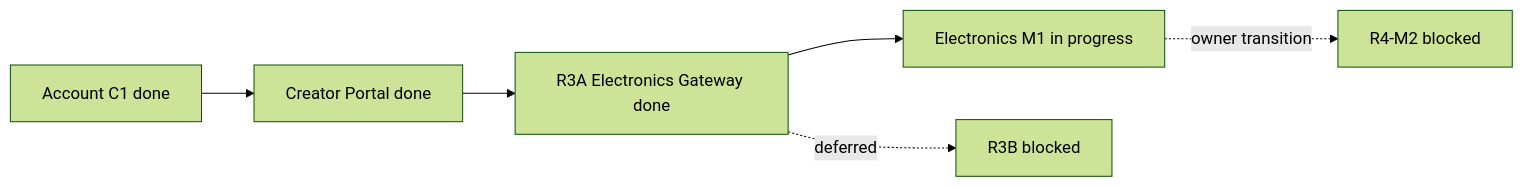
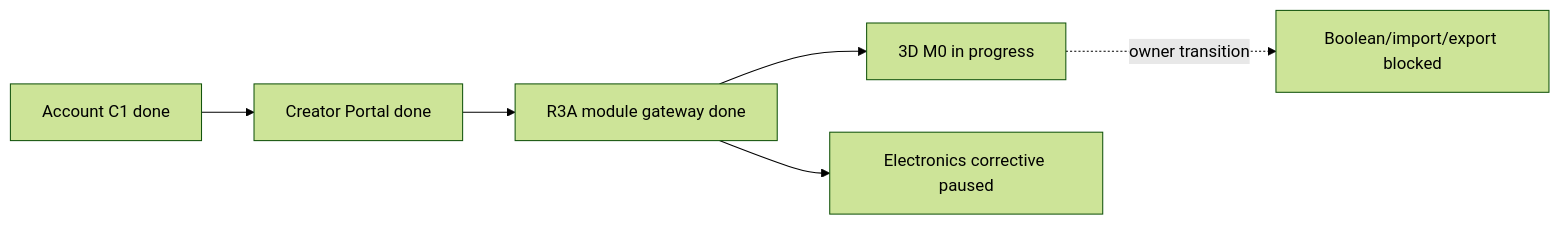
One commit to spikeal8-maker/asa-lab changed the diagram in docs/project-map/PROJECT_MAP.md. Above: the diagram before and after it, drawn with Mermaid (forest theme). The commit also changed other lines of this file and 11 other files, not shown here.

````diff
--- a/docs/project-map/PROJECT_MAP.md
+++ b/docs/project-map/PROJECT_MAP.md
@@ -26,8 +28,8 @@
 ```mermaid
 flowchart LR
   ACCOUNT["Account C1 done"] --> PORTAL["Creator Portal done"]
-  PORTAL --> GATE["R3A Electronics Gateway done"]
-  GATE --> M1["Electronics M1 in progress"]
-  M1 -. owner transition .-> M2["R4-M2 blocked"]
-  GATE -. deferred .-> R3B["R3B blocked"]
+  PORTAL --> GATE["R3A module gateway done"]
+  GATE --> M0["3D M0 in progress"]
+  GATE --> ELECTRONICS["Electronics corrective paused"]
+  M0 -. owner transition .-> NEXT3D["Boolean/import/export blocked"]
 ```
````
